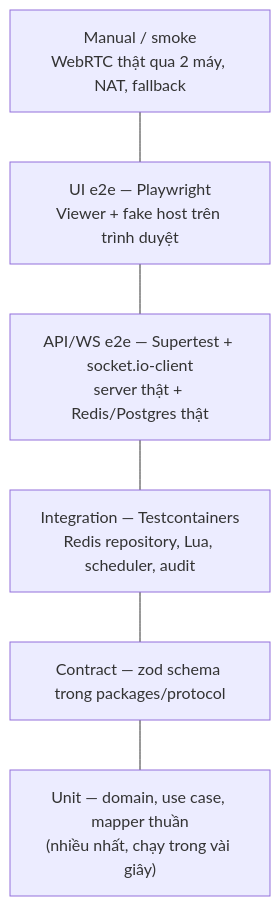
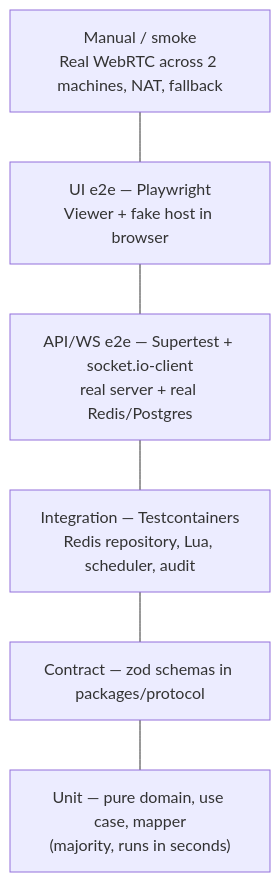
The first of 2 diagrams in docs/06-test-strategy.md (dunguyen-311201/PBL4), drawn with Mermaid before and after one commit. The commit also changed other lines of this file and 12 other files, not shown here.

````diff
--- a/docs/06-test-strategy.md
+++ b/docs/06-test-strategy.md
@@ -17,10 +17,10 @@
 ```mermaid
 flowchart TB
-    M["Manual / smoke<br/>WebRTC thật qua 2 máy, NAT, fallback"]
-    U2["UI e2e — Playwright<br/>Viewer + fake host trên trình duyệt"]
-    E["API/WS e2e — Supertest + socket.io-client<br/>server thật + Redis/Postgres thật"]
+    M["Manual / smoke<br/>Real WebRTC across 2 machines, NAT, fallback"]
+    U2["UI e2e — Playwright<br/>Viewer + fake host in browser"]
+    E["API/WS e2e — Supertest + socket.io-client<br/>real server + real Redis/Postgres"]
     I["Integration — Testcontainers<br/>Redis repository, Lua, scheduler, audit"]
-    C["Contract — zod schema trong packages/protocol"]
-    U["Unit — domain, use case, mapper thuần<br/>(nhiều nhất, chạy trong vài giây)"]
+    C["Contract — zod schemas in packages/protocol"]
+    U["Unit — pure domain, use case, mapper<br/>(majority, runs in seconds)"]
     M --- U2 --- E --- I --- C --- U
 ```
````
